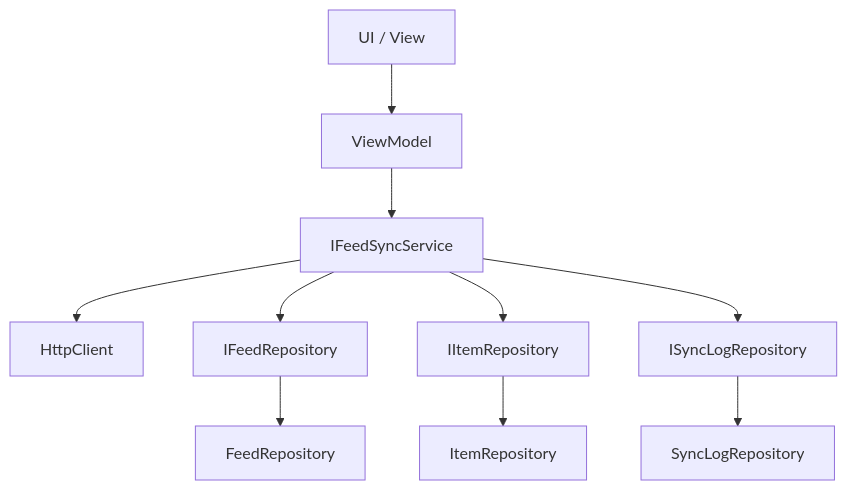
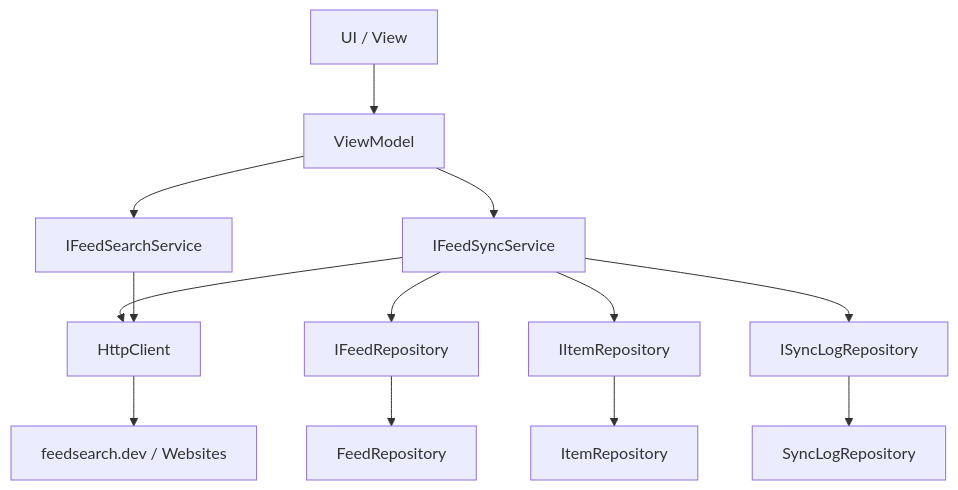
One commit to martin-stromberg/Reporter changed the diagram in docs/help/anwendung/architektur.md. Above: the diagram before and after it, drawn with Mermaid. The commit also changed other lines of this file and 59 other files, not shown here.

Commit message:
feat: Feed-Suche über feedsearch.dev und Autodiscovery statt reiner URL-Eingabe

````diff
--- a/docs/help/anwendung/architektur.md
+++ b/docs/help/anwendung/architektur.md
@@ -26,12 +27,15 @@
 ```mermaid
 graph TD
     A[UI / View] --> B[ViewModel]
     B --> C[IFeedSyncService]
+    B --> K[IFeedSearchService]
     C --> D[HttpClient]
+    K --> D
     C --> E[IFeedRepository]
     C --> F[IItemRepository]
     C --> G[ISyncLogRepository]
     E --> H[FeedRepository]
     F --> I[ItemRepository]
     G --> J[SyncLogRepository]
+    D --> L[feedsearch.dev / Websites]
 ```
````
